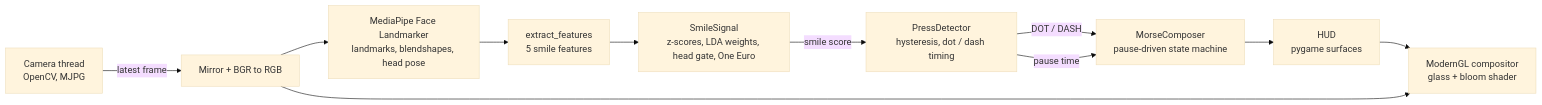
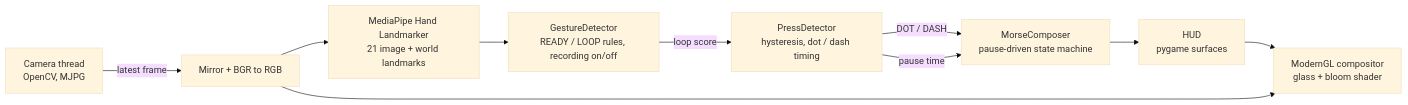
Before and after one commit to trungsyd2409/AI_computer_vision_morse_coding: the diagram in README.md, drawn with Mermaid (base theme). The commit also changed other lines of this file and 11 other files, not shown here.

````diff
--- a/README.md
+++ b/README.md
@@ -169,13 +156,12 @@
 ```mermaid
 flowchart LR
     A[Camera thread<br/>OpenCV, MJPG] -->|latest frame| B[Mirror + BGR to RGB]
-    B --> C[MediaPipe Face Landmarker<br/>landmarks, blendshapes, head pose]
-    C --> E[extract_features<br/>5 smile features]
-    E --> N[SmileSignal<br/>z-scores, LDA weights, head gate, One Euro]
-    N -->|smile score| D[PressDetector<br/>hysteresis, dot / dash timing]
+    B --> C[MediaPipe Hand Landmarker<br/>21 image + world landmarks]
+    C --> E[GestureDetector<br/>READY / LOOP rules, recording on/off]
+    E -->|loop score| D[PressDetector<br/>hysteresis, dot / dash timing]
     D -->|DOT / DASH| F[MorseComposer<br/>pause-driven state machine]
     D -->|pause time| F
     F --> G[HUD<br/>pygame surfaces]
     G --> H[ModernGL compositor<br/>glass + bloom shader]
     B --> H
 ```
````
